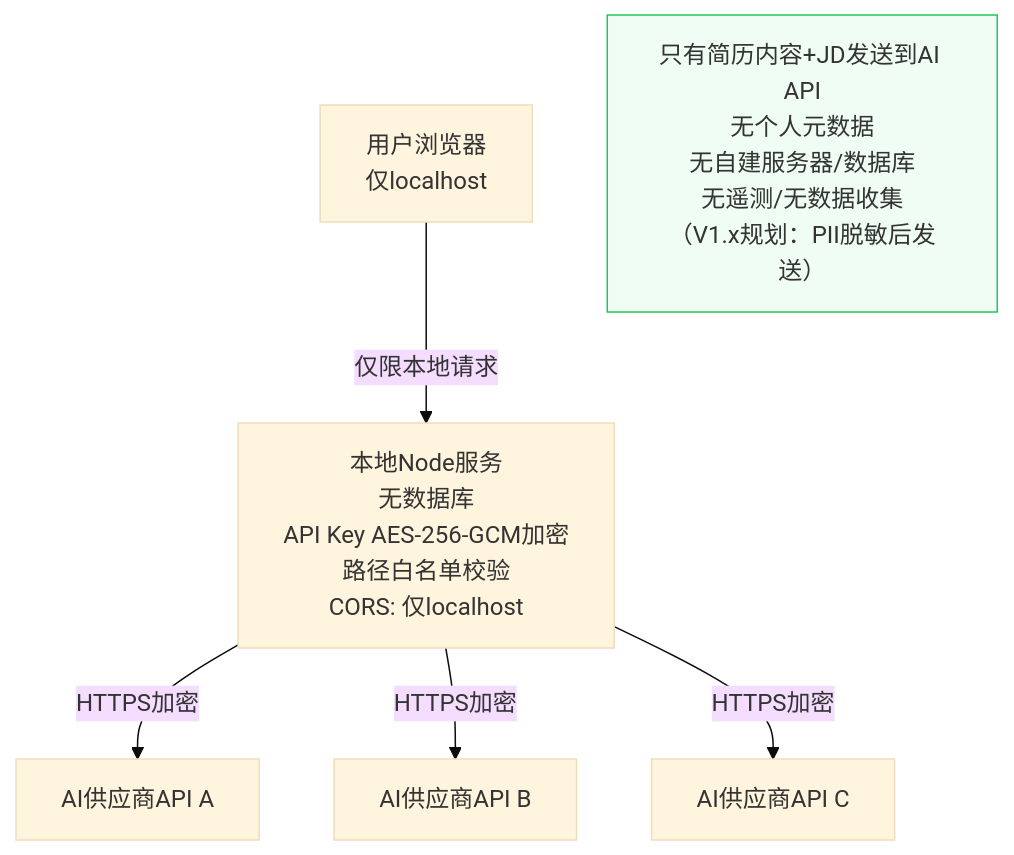
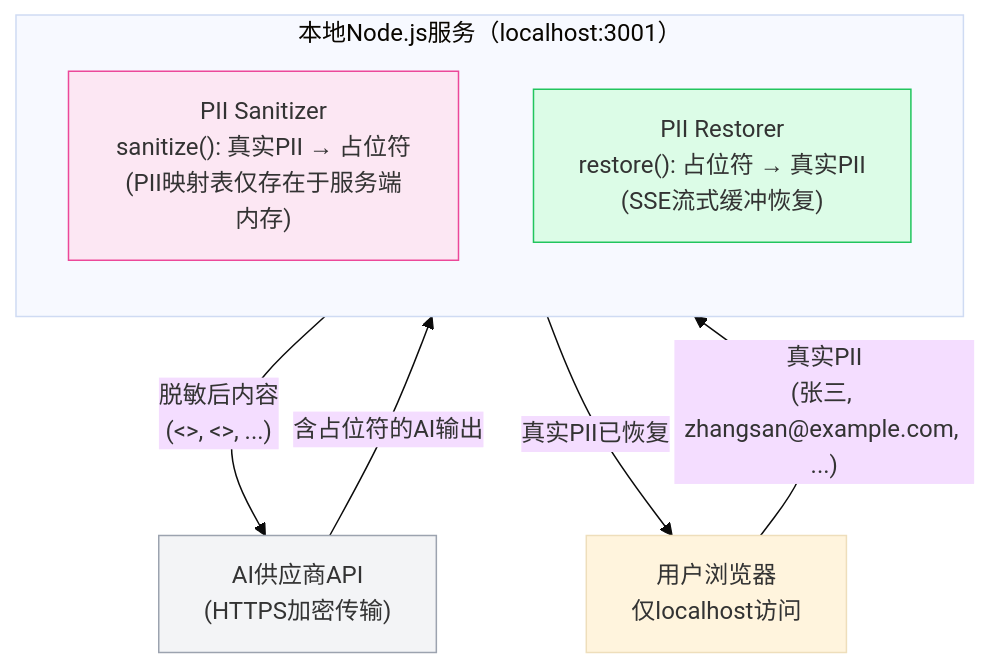
One commit to wukun2005-gif/resumeTailor changed the seventh of 8 diagrams in README.md. Above: the diagram before and after it, drawn with Mermaid (base theme). The commit also changed other lines of this file and 9 other files, not shown here.

````diff
--- a/README.md
+++ b/README.md
@@ -500,11 +536,18 @@
 ```mermaid
 flowchart TD
-    BROWSER["用户浏览器<br/>仅localhost"] -->|"仅限本地请求"| SERVER["本地Node服务<br/>无数据库<br/>API Key AES-256-GCM加密<br/>路径白名单校验<br/>CORS: 仅localhost"]
-    SERVER -->|"HTTPS加密"| API1["AI供应商API A"]
-    SERVER -->|"HTTPS加密"| API2["AI供应商API B"]
-    SERVER -->|"HTTPS加密"| API3["AI供应商API C"]
+    USER["用户浏览器<br/>仅localhost访问"] -->|"真实PII<br/>(张三, zhangsan@example.com, ...)"| SERVER
 
-    NOTE["只有简历内容+JD发送到AI API<br/>无个人元数据<br/>无自建服务器/数据库<br/>无遥测/无数据收集<br/>（V1.x规划：PII脱敏后发送）"]
+    subgraph SERVER ["本地Node.js服务（localhost:3001）"]
+        direction TB
+        SANITIZE["PII Sanitizer<br/>sanitize(): 真实PII → 占位符<br/>(PII映射表仅存在于服务端内存)"]
+        RESTORE["PII Restorer<br/>restore(): 占位符 → 真实PII<br/>(SSE流式缓冲恢复)"]
+    end
 
-    style NOTE fill:#f0fdf4,stroke:#22c55e
+    SANITIZE -->|"脱敏后内容<br/>(<<NAME>>, <<EMAIL>>, ...)"| API["AI供应商API<br/>(HTTPS加密传输)"]
+    API -->|"含占位符的AI输出"| RESTORE
+    RESTORE -->|"真实PII已恢复"| USER
+
+    style SANITIZE fill:#fce7f3,stroke:#ec4899
+    style RESTORE fill:#dcfce7,stroke:#22c55e
+    style API fill:#f3f4f6,stroke:#9ca3af
 ```
````
